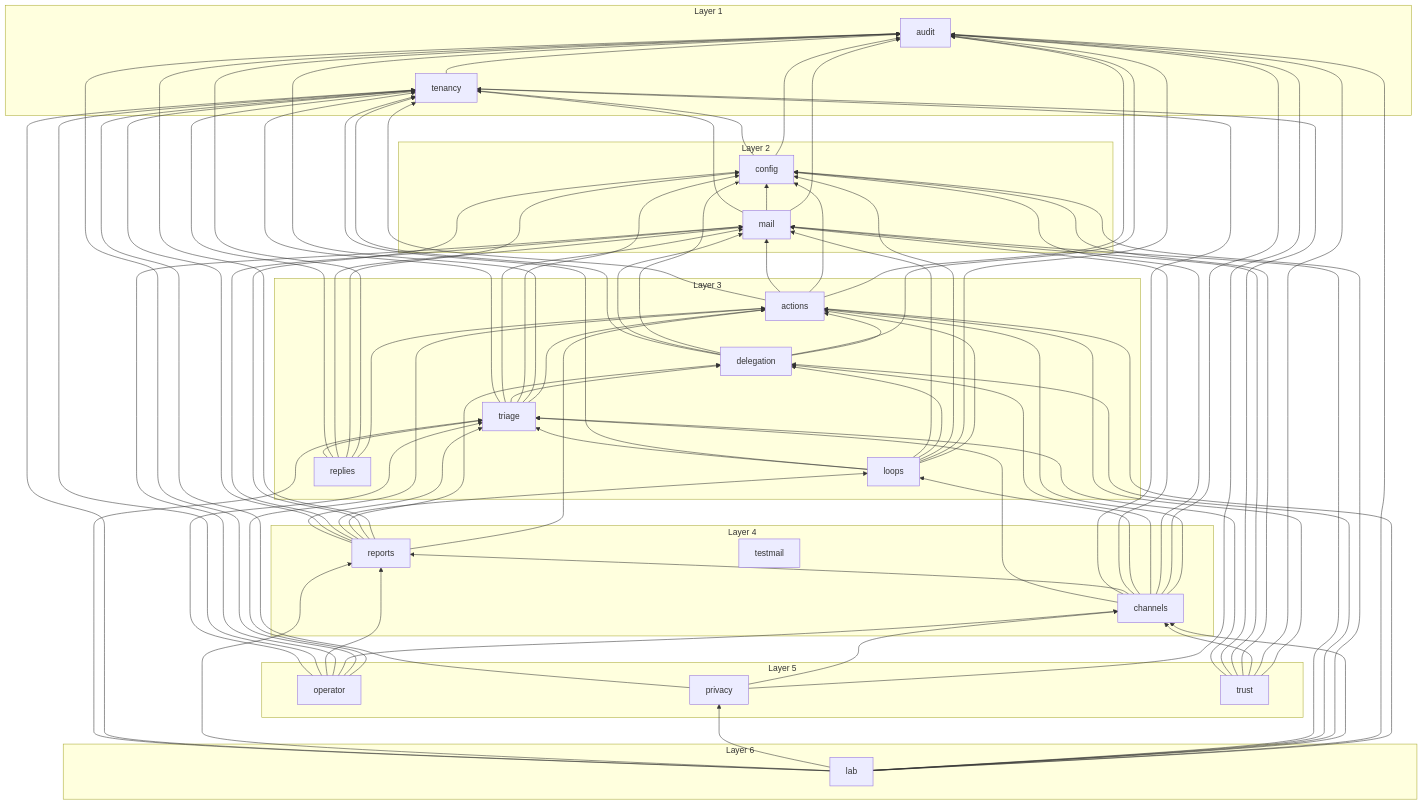
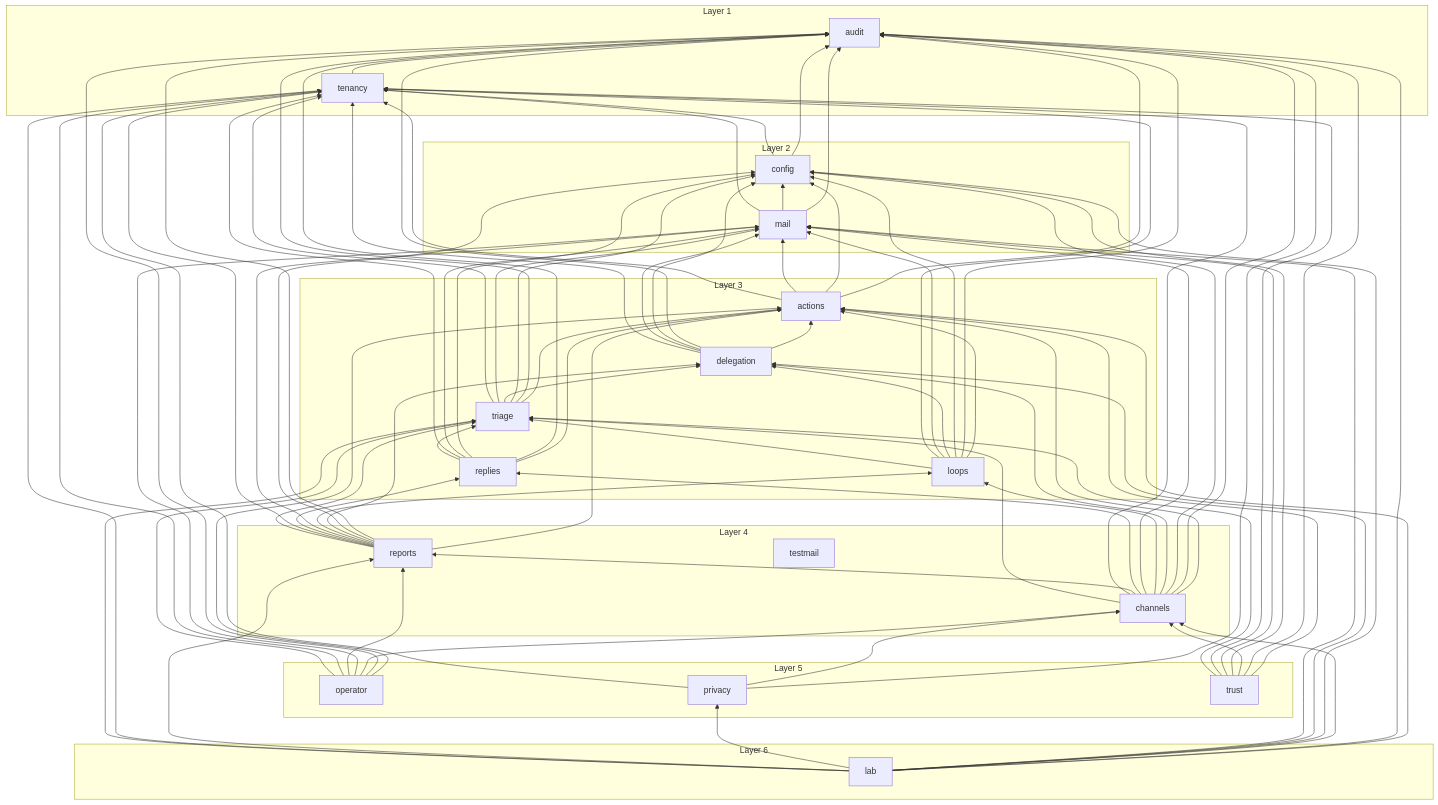
Before and after one commit to Artexs/email_assistant: the diagram in docs/diagrams/module-graph.md, drawn with Mermaid. The commit also changed 34 other files, not shown here.

```diff
--- a/docs/diagrams/module-graph.md
+++ b/docs/diagrams/module-graph.md
@@ -44,6 +44,7 @@
   channels --> delegation
   channels --> loops
   channels --> mail
+  channels --> replies
   channels --> reports
   channels --> tenancy
   channels --> triage
@@ -96,6 +97,7 @@
   reports --> delegation
   reports --> loops
   reports --> mail
+  reports --> replies
   reports --> tenancy
   reports --> triage
   tenancy --> audit
```
